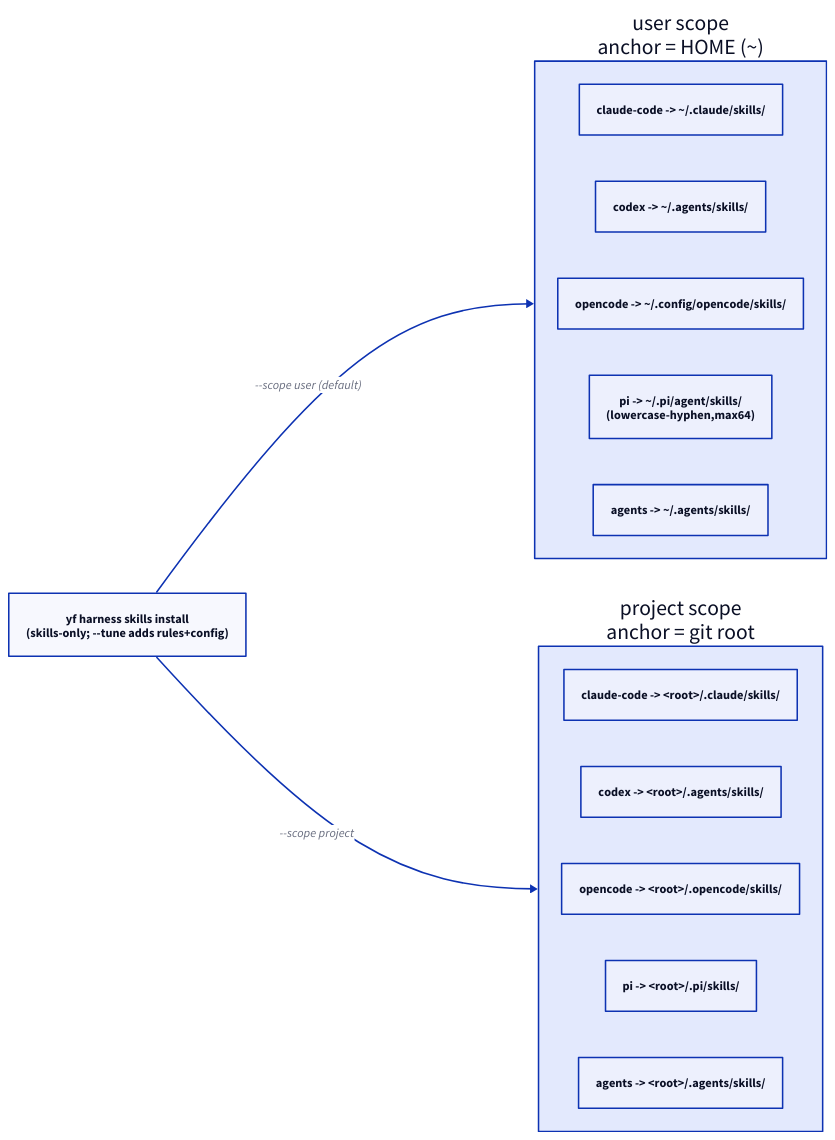
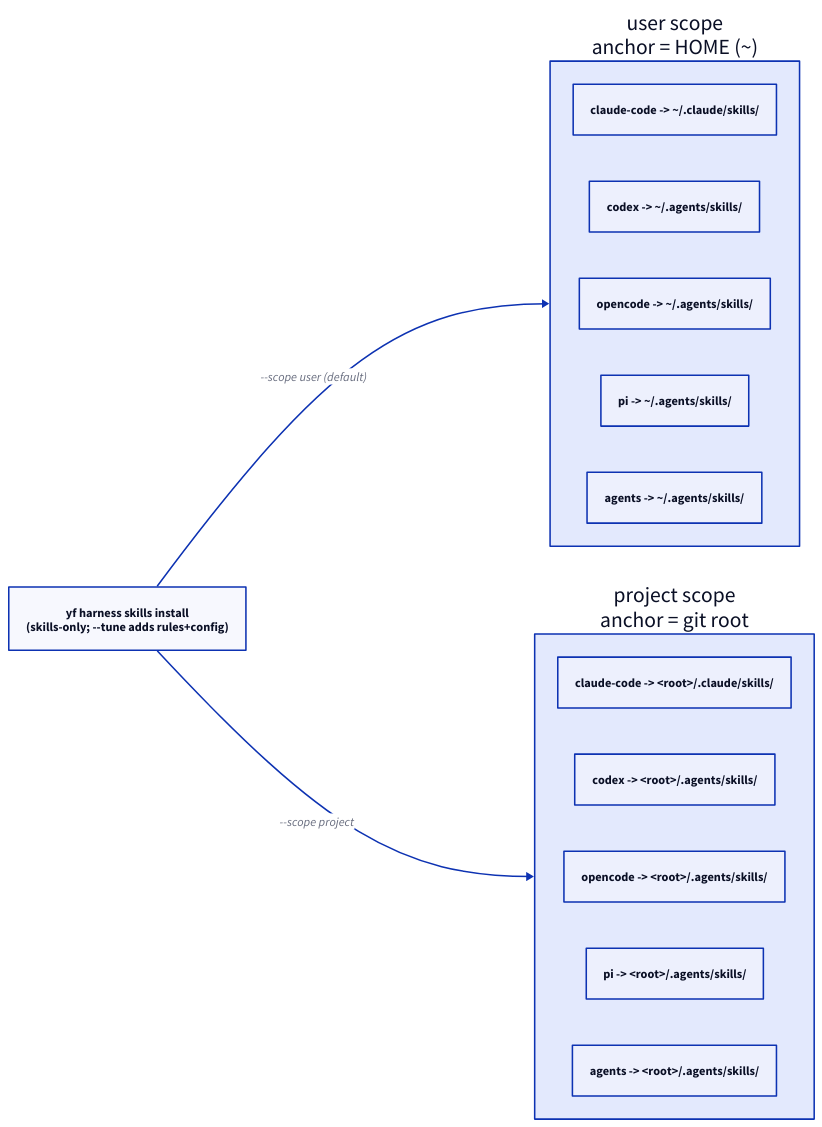
Before and after one commit to dixson3/yoshiko-flow: the diagram in web/content/images/install-matrix.d2, drawn with D2. The commit also changed 16 other files, not shown here.

```diff
--- a/web/content/images/install-matrix.d2
+++ b/web/content/images/install-matrix.d2
@@ -1,31 +1,31 @@
 # yf harness skills install — where the embedded skill tree lands per harness x scope.
 # Source of truth: yf/src/harness_desc.rs (DESCRIPTORS) + dest.rs scope anchors.
 direction: right
 
 cmd: {
   label: "yf harness skills install\n(skills-only; --tune adds rules+config)"
   shape: rectangle
 }
 
 user_scope: {
   label: "user scope\nanchor = HOME (~)"
   shape: rectangle
   cc: "claude-code -> ~/.claude/skills/"
   codex: "codex -> ~/.agents/skills/"
-  oc: "opencode -> ~/.config/opencode/skills/"
-  pi: "pi -> ~/.pi/agent/skills/\n(lowercase-hyphen,max64)"
+  oc: "opencode -> ~/.agents/skills/"
+  pi: "pi -> ~/.agents/skills/"
   agents: "agents -> ~/.agents/skills/"
 }
 
 project_scope: {
   label: "project scope\nanchor = git root"
   shape: rectangle
   cc: "claude-code -> <root>/.claude/skills/"
   codex: "codex -> <root>/.agents/skills/"
-  oc: "opencode -> <root>/.opencode/skills/"
-  pi: "pi -> <root>/.pi/skills/"
+  oc: "opencode -> <root>/.agents/skills/"
+  pi: "pi -> <root>/.agents/skills/"
   agents: "agents -> <root>/.agents/skills/"
 }
 
 cmd -> user_scope: "--scope user (default)"
 cmd -> project_scope: "--scope project"
```
